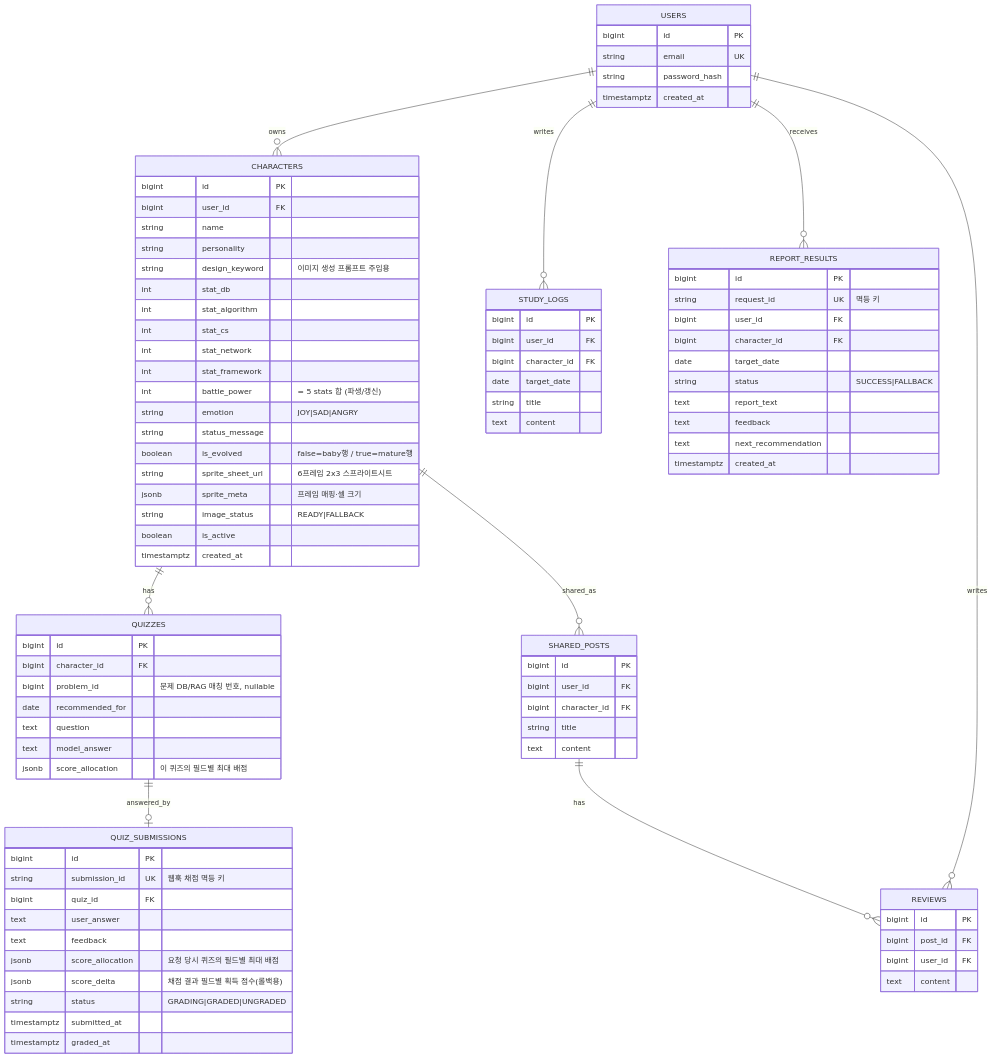
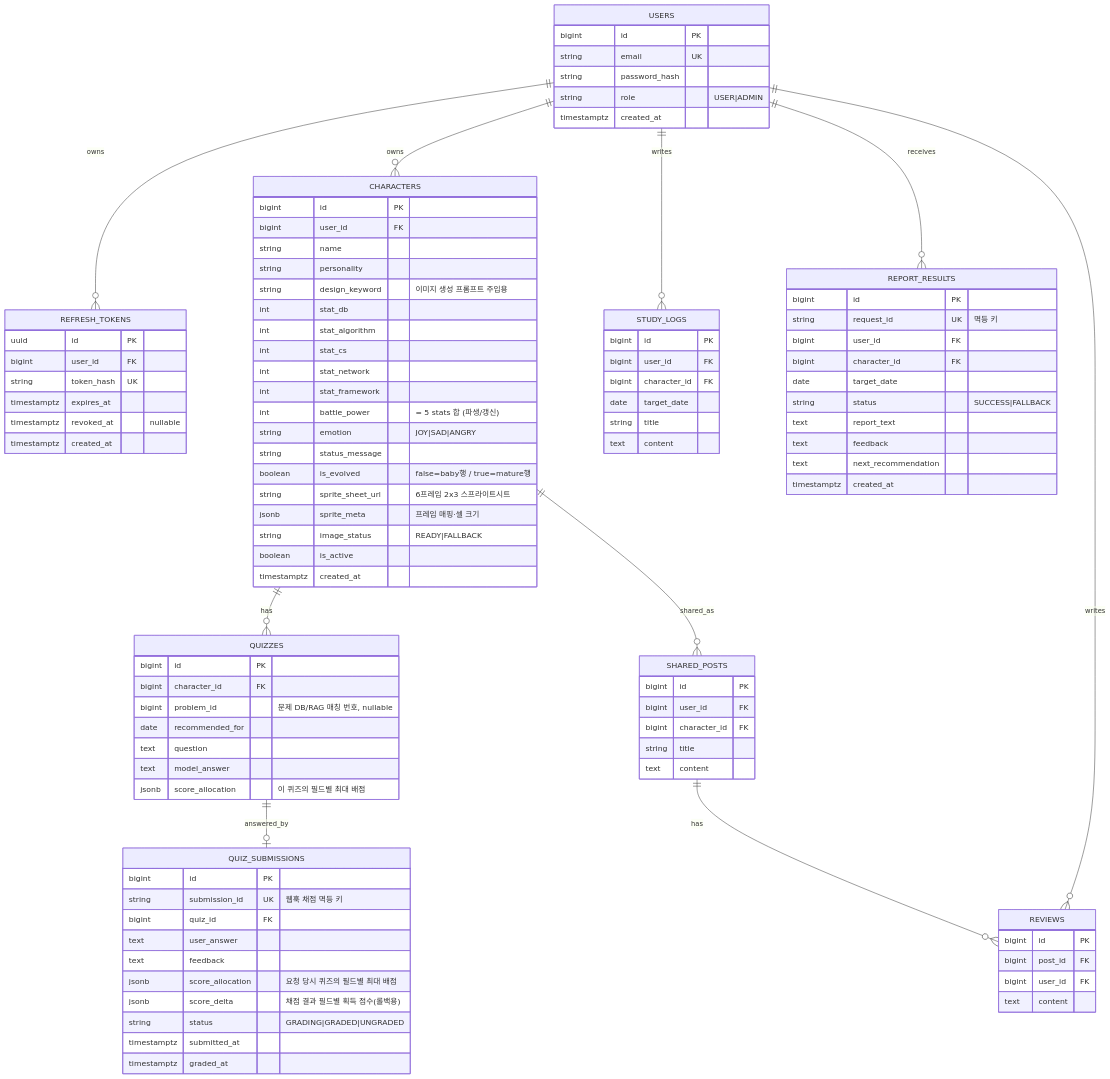
Before and after one commit to YunAndDong/commitgotchi: the third of 15 diagrams in _bmad-output/planning-artifacts/architecture/architecture-commitgotchi-2026-06-07/architecture.md, drawn with Mermaid. The commit also changed other lines of this file and 104 other files, not shown here.

````diff
--- a/_bmad-output/planning-artifacts/architecture/architecture-commitgotchi-2026-06-07/architecture.md
+++ b/_bmad-output/planning-artifacts/architecture/architecture-commitgotchi-2026-06-07/architecture.md
@@ -520,5 +528,6 @@
 ```mermaid
 erDiagram
+  USERS ||--o{ REFRESH_TOKENS : owns
   USERS ||--o{ CHARACTERS : owns
   USERS ||--o{ STUDY_LOGS : writes
   CHARACTERS ||--o{ QUIZZES : has
@@ -532,6 +541,15 @@
     bigint id PK
     string email UK
     string password_hash
+    string role "USER|ADMIN"
+    timestamptz created_at
+  }
+  REFRESH_TOKENS {
+    uuid id PK
+    bigint user_id FK
+    string token_hash UK
+    timestamptz expires_at
+    timestamptz revoked_at "nullable"
     timestamptz created_at
   }
   CHARACTERS {
````
